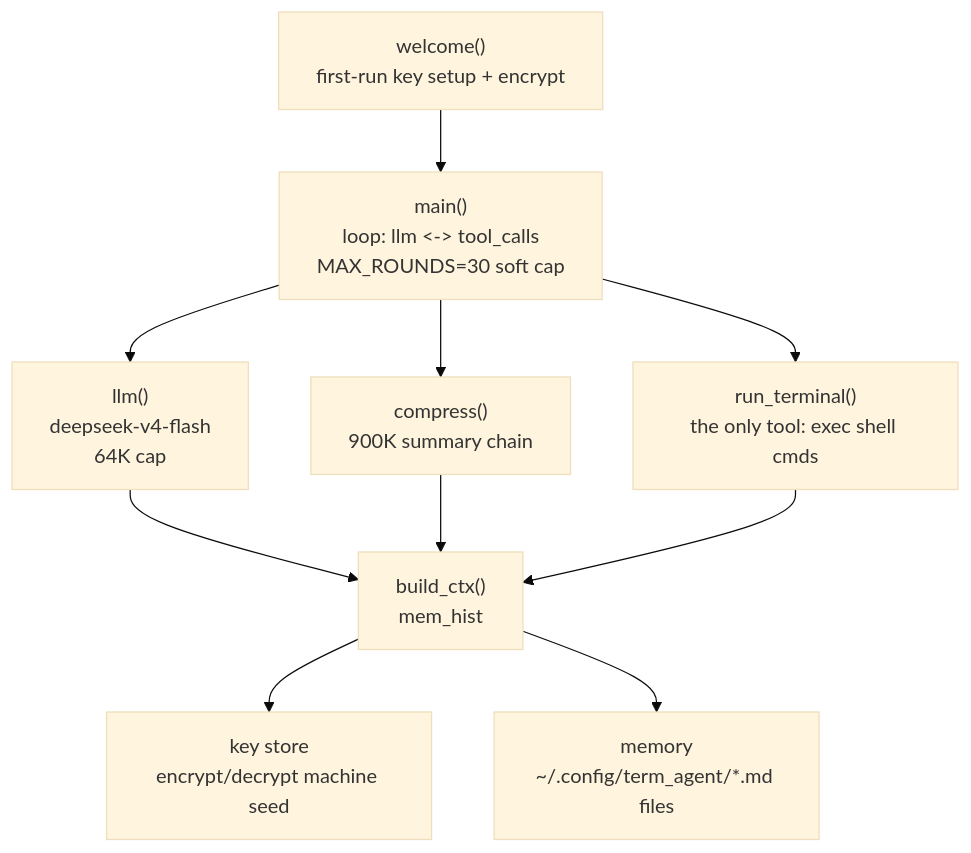
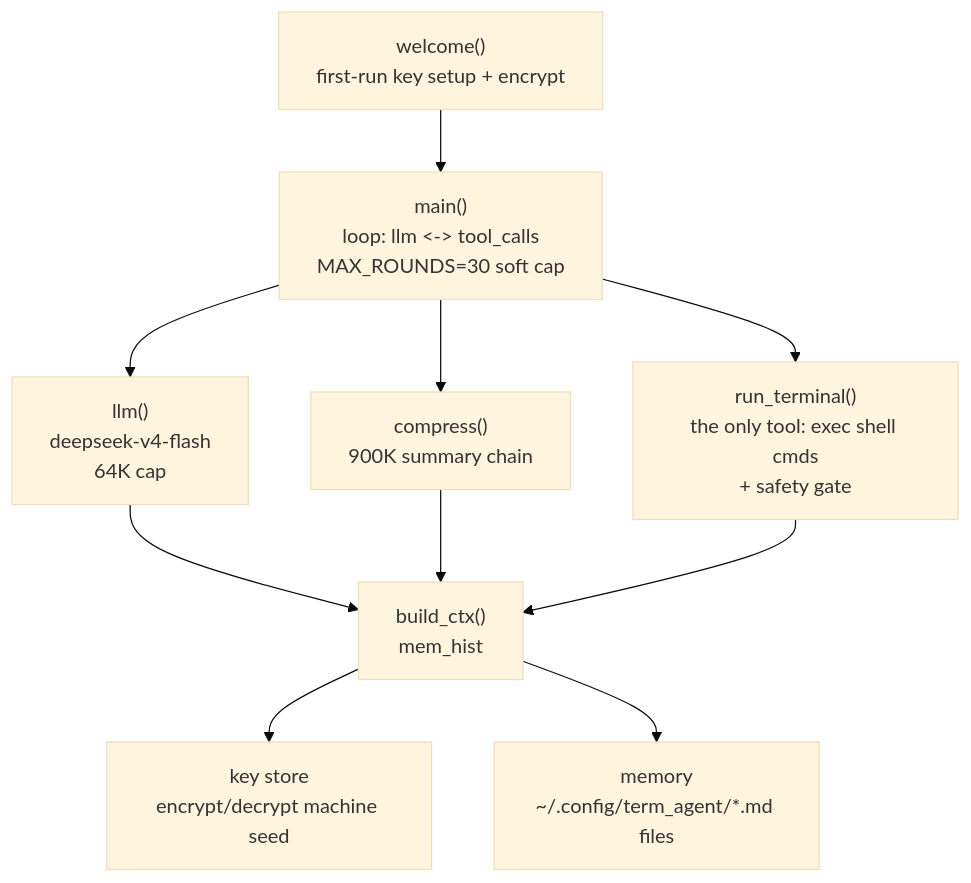
Before and after one commit to Xiyinnnnnn/Agent-in-Terminal: the first of 2 diagrams in README.md, drawn with Mermaid (base theme). The commit also changed other lines of this file and 1 other file, not shown here.

````diff
--- a/README.md
+++ b/README.md
@@ -45,12 +45,12 @@
 ```mermaid
 flowchart TD
     A["welcome()<br/>first-run key setup + encrypt"] --> B["main()<br/>loop: llm <-> tool_calls<br/>MAX_ROUNDS=30 soft cap"]
     B --> C["llm()<br/>deepseek-v4-flash<br/>64K cap"]
     B --> D["compress()<br/>900K summary chain"]
-    B --> E["run_terminal()<br/>the only tool: exec shell cmds"]
+    B --> E["run_terminal()<br/>the only tool: exec shell cmds<br/>+ safety gate"]
     C --> F["build_ctx()<br/>mem_hist"]
     D --> F
     E --> F
     F --> G["key store<br/>encrypt/decrypt machine seed"]
     F --> H["memory<br/>~/.config/term_agent/*.md files"]
 ```
````
